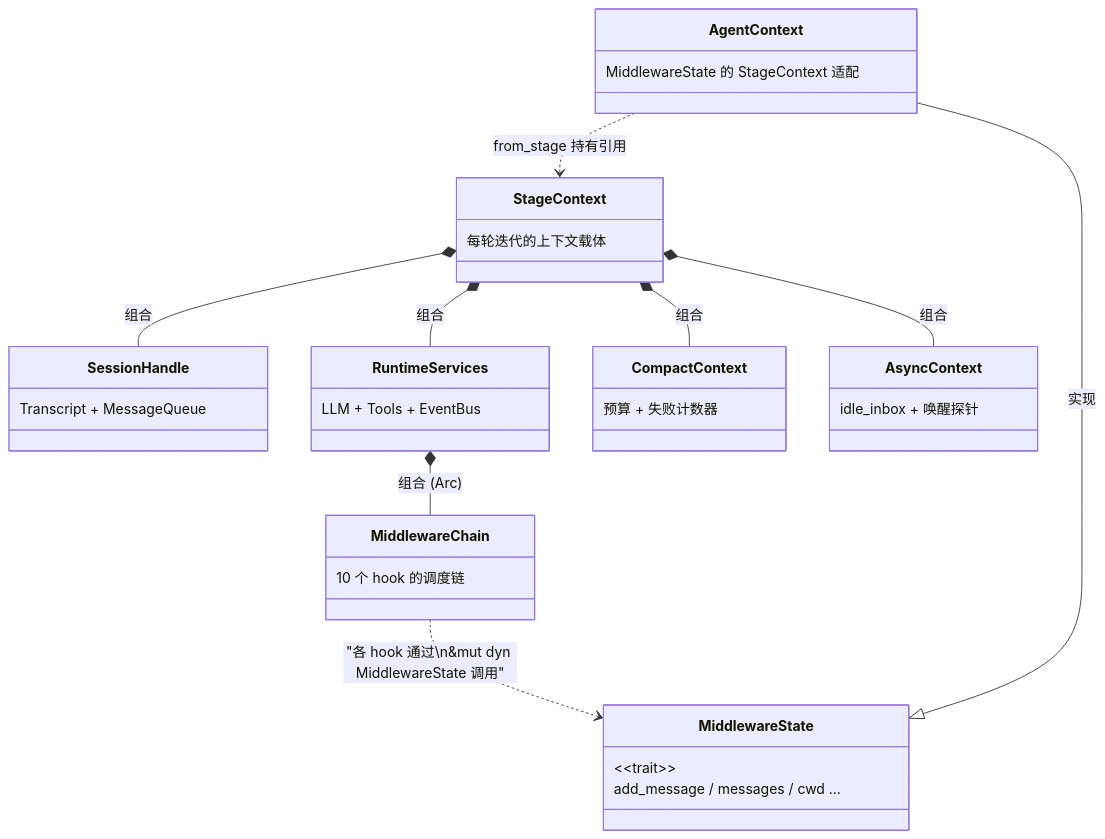
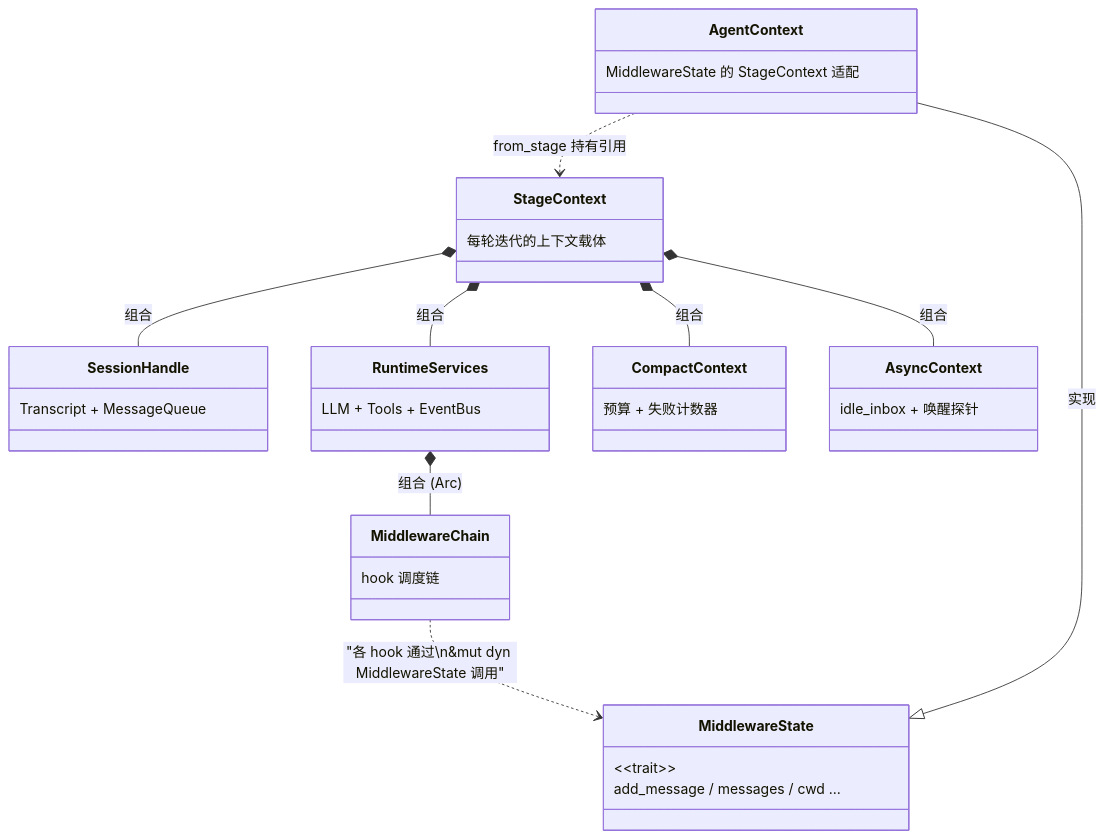
The eighth of 8 diagrams in src/content/posts/engineering/agent-loop.mdx (KonghaYao/peri-cool), drawn with Mermaid before and after one commit. The commit also changed other lines of this file and 65 other files, not shown here.

````diff
--- a/src/content/posts/engineering/agent-loop.mdx
+++ b/src/content/posts/engineering/agent-loop.mdx
@@ -261,39 +261,39 @@
 ```mermaid
 classDiagram
     class StageContext {
         每轮迭代的上下文载体
     }
 
     class SessionHandle {
         Transcript + MessageQueue
     }
     class RuntimeServices {
         LLM + Tools + EventBus
     }
     class CompactContext {
         预算 + 失败计数器
     }
     class AsyncContext {
         idle_inbox + 唤醒探针
     }
 
     class MiddlewareChain {
-        10 个 hook 的调度链
+        hook 调度链
     }
     class MiddlewareState {
         &lt;&lt;trait&gt;&gt;
         add_message / messages / cwd …
     }
     class AgentContext {
         MiddlewareState 的 StageContext 适配
     }
 
     StageContext *-- SessionHandle : 组合
     StageContext *-- RuntimeServices : 组合
     StageContext *-- CompactContext : 组合
     StageContext *-- AsyncContext : 组合
     RuntimeServices *-- MiddlewareChain : 组合 (Arc)
     AgentContext ..> StageContext : from_stage 持有引用
     AgentContext --|> MiddlewareState : 实现
     MiddlewareChain ..> MiddlewareState : "各 hook 通过\\n&mut dyn MiddlewareState 调用"
 ```
````
